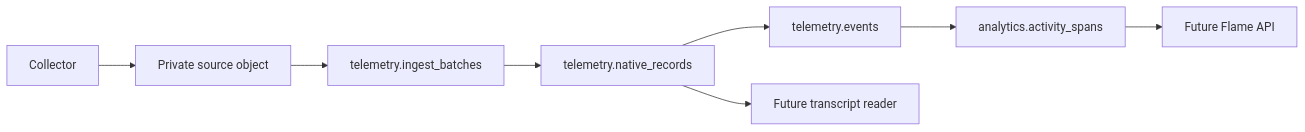
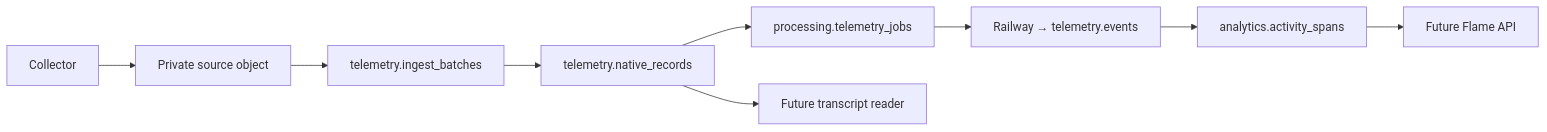
One commit to e3-solutions/sherlock changed the first of 2 diagrams in docs/data-schema.md. Above: the diagram before and after it, drawn with Mermaid. The commit also changed other lines of this file and 22 other files, not shown here.

````diff
--- a/docs/data-schema.md
+++ b/docs/data-schema.md
@@ -55,10 +59,11 @@
 ```mermaid
 flowchart LR
     C["Collector"] --> O["Private source object"]
     O --> B["telemetry.ingest_batches"]
     B --> N["telemetry.native_records"]
-    N --> E["telemetry.events"]
+    N --> Q["processing.telemetry_jobs"]
+    Q --> E["Railway → telemetry.events"]
     E --> A["analytics.activity_spans"]
     A --> F["Future Flame API"]
     N --> T["Future transcript reader"]
 ```
````
